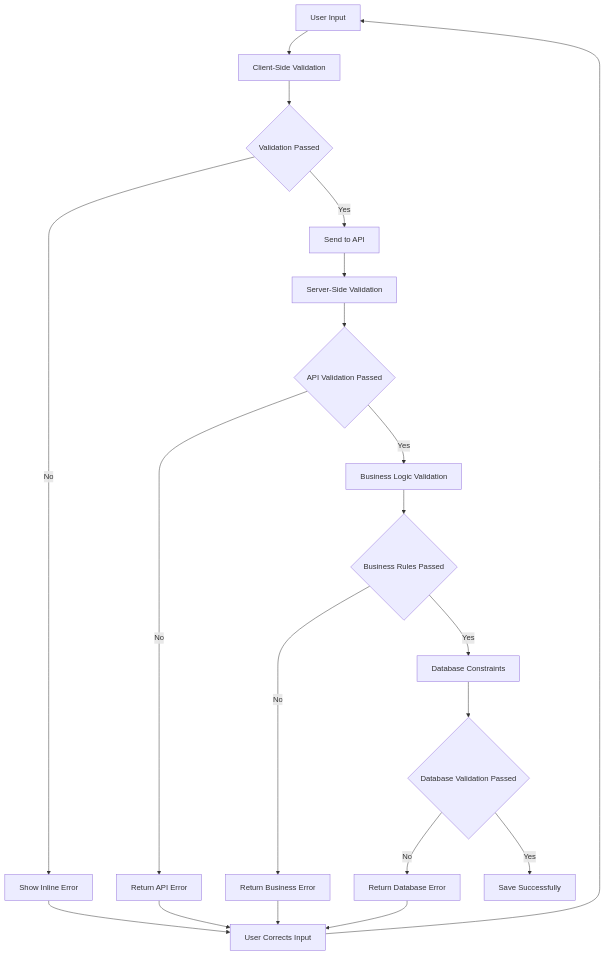
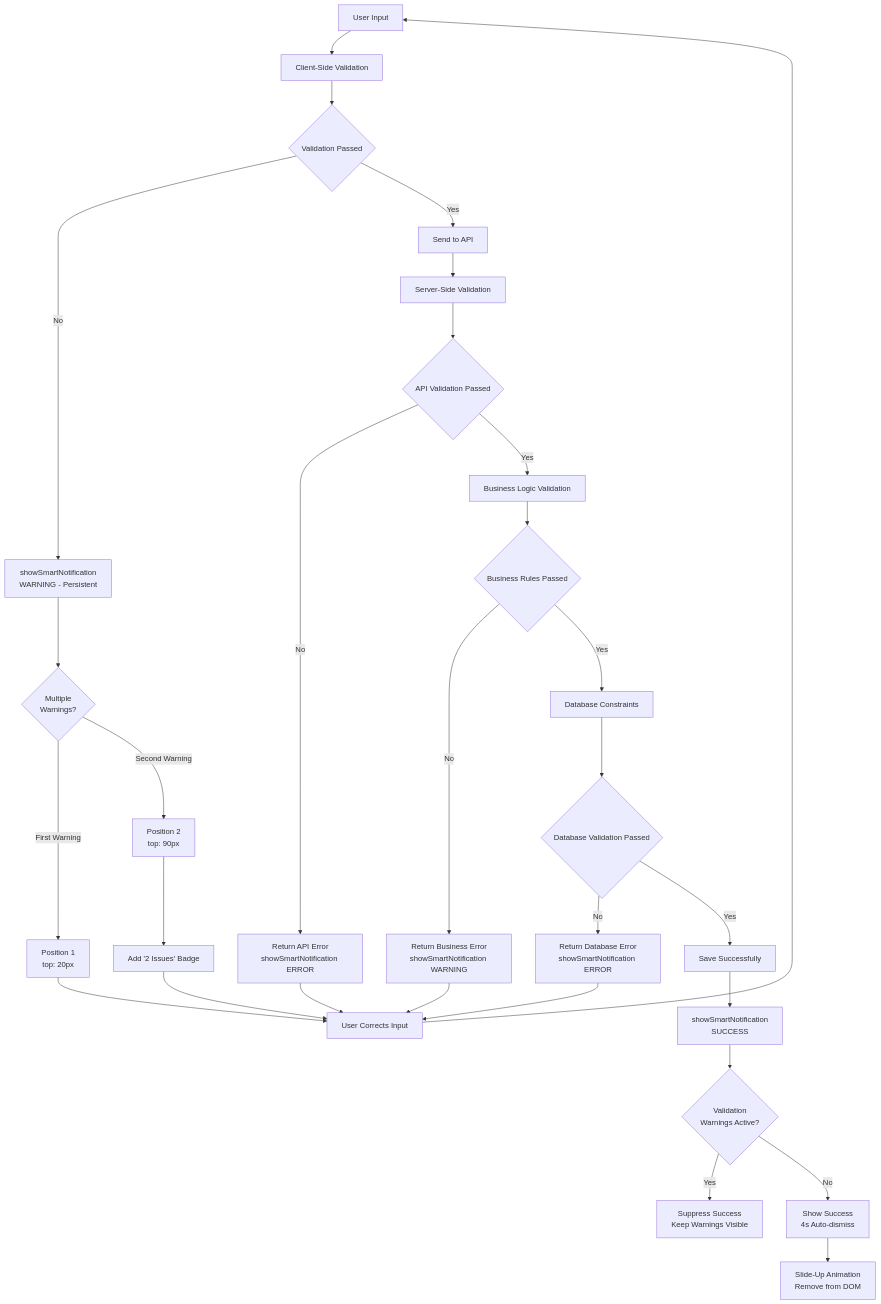
Before and after one commit to bhurn02/rms-invoicing: diagram 13 of 15 in documents/tenant-readings-management-workflow.md, drawn with Mermaid. The commit also changed other lines of this file and 4 other files, not shown here.

````diff
--- a/documents/tenant-readings-management-workflow.md
+++ b/documents/tenant-readings-management-workflow.md
@@ -382,26 +473,39 @@
 ```mermaid
 flowchart TD
     A[User Input] --> B[Client-Side Validation]
     B --> C{Validation Passed}
-    C -->|No| D[Show Inline Error]
+    C -->|No| D[showSmartNotification<br>WARNING - Persistent]
     C -->|Yes| E[Send to API]
+    
+    D --> D1{Multiple<br>Warnings?}
+    D1 -->|First Warning| D2[Position 1<br>top: 20px]
+    D1 -->|Second Warning| D3[Position 2<br>top: 90px]
+    D3 --> D4[Add '2 Issues' Badge]
     
     E --> F[Server-Side Validation]
     F --> G{API Validation Passed}
-    G -->|No| H[Return API Error]
+    G -->|No| H[Return API Error<br>showSmartNotification ERROR]
     G -->|Yes| I[Business Logic Validation]
     
     I --> J{Business Rules Passed}
-    J -->|No| K[Return Business Error]
+    J -->|No| K[Return Business Error<br>showSmartNotification WARNING]
     J -->|Yes| L[Database Constraints]
     
     L --> M{Database Validation Passed}
-    M -->|No| N[Return Database Error]
+    M -->|No| N[Return Database Error<br>showSmartNotification ERROR]
     M -->|Yes| O[Save Successfully]
     
-    D --> P[User Corrects Input]
-    H --> P
-    K --> P
-    N --> P
-    P --> A
+    O --> P[showSmartNotification<br>SUCCESS]
+    P --> Q{Validation<br>Warnings Active?}
+    Q -->|Yes| R[Suppress Success<br>Keep Warnings Visible]
+    Q -->|No| S[Show Success<br>4s Auto-dismiss]
+    
+    D2 --> T[User Corrects Input]
+    D4 --> T
+    H --> T
+    K --> T
+    N --> T
+    T --> A
+    
+    S --> U[Slide-Up Animation<br>Remove from DOM]
 ```
````
